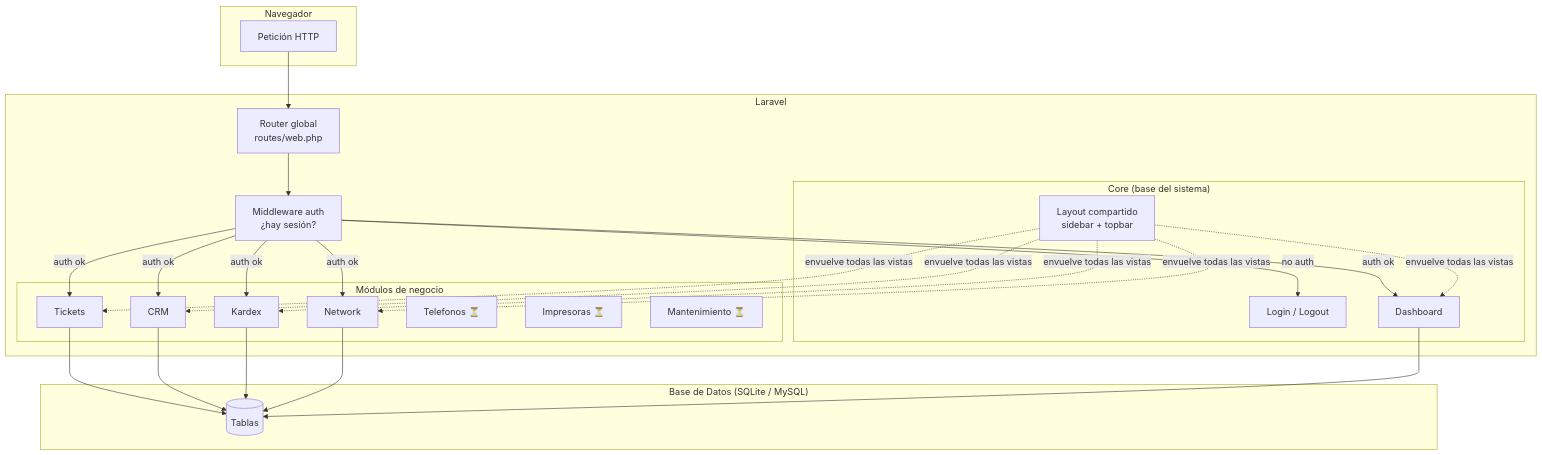
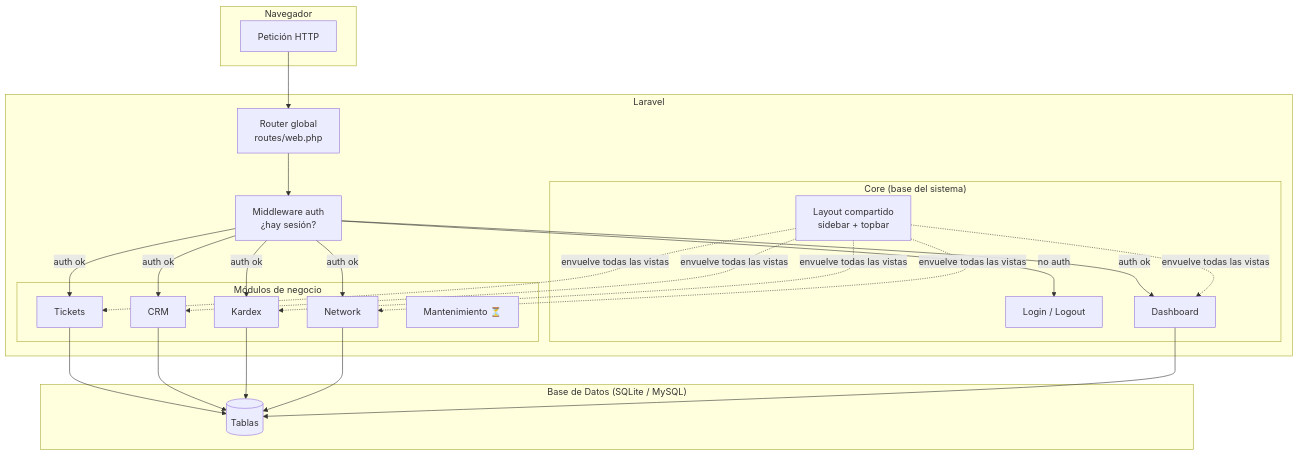
The first of 6 diagrams in IMJUnificado/Doc/arquitectura.md (SoporteIMJUVE/IMJTickets), drawn with Mermaid before and after one commit. The commit also changed 88 other files, not shown here.

Commit message:
docs: eliminar referencias a módulos Telefonos e Impresoras   docs: reflejar eliminación de módulos Telefonos e Impresoras en toda la documentación

````diff
--- a/IMJUnificado/Doc/arquitectura.md
+++ b/IMJUnificado/Doc/arquitectura.md
@@ -9,44 +9,42 @@
 ```mermaid
 graph TD
     subgraph Navegador
         B[Petición HTTP]
     end
 
     subgraph Laravel
         R[Router global<br/>routes/web.php]
         MA[Middleware auth<br/>¿hay sesión?]
 
         subgraph CORE["Core (base del sistema)"]
             AUTH[Login / Logout]
             DASH[Dashboard]
             LAYOUT["Layout compartido<br/>sidebar + topbar"]
         end
 
         subgraph MODULOS["Módulos de negocio"]
             T[Tickets]
             C[CRM]
             K[Kardex]
             N[Network]
-            TEL[Telefonos ⏳]
-            IMP[Impresoras ⏳]
             MNT[Mantenimiento ⏳]
         end
     end
 
     subgraph BD["Base de Datos (SQLite / MySQL)"]
         DB[(Tablas)]
     end
 
     B --> R
     R --> MA
     MA -->|no auth| AUTH
     MA -->|auth ok| DASH
     MA -->|auth ok| T
     MA -->|auth ok| C
     MA -->|auth ok| K
     MA -->|auth ok| N
 
     T & C & K & N --> DB
     DASH --> DB
     LAYOUT -.->|envuelve todas las vistas| T & C & K & N & DASH
 ```
````
